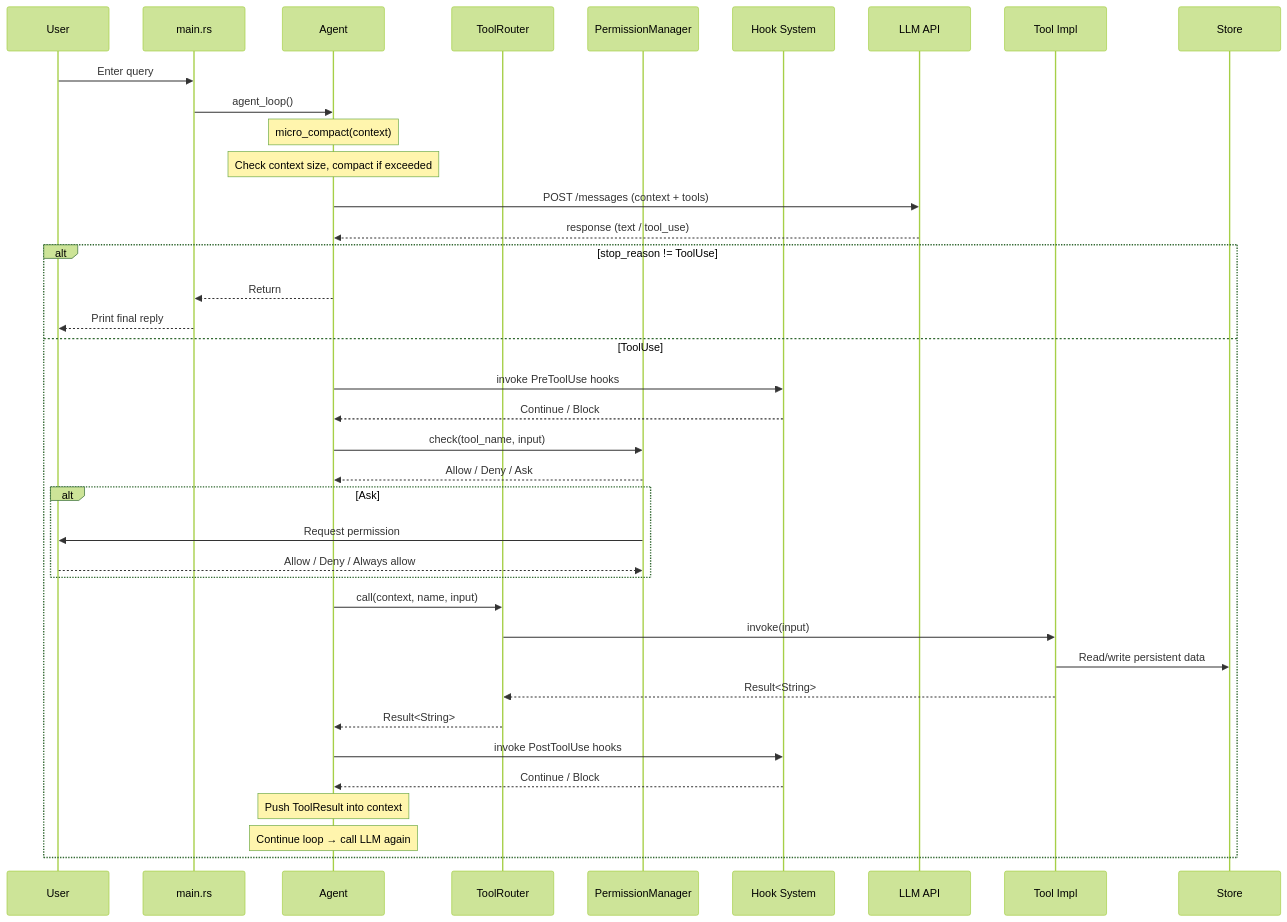
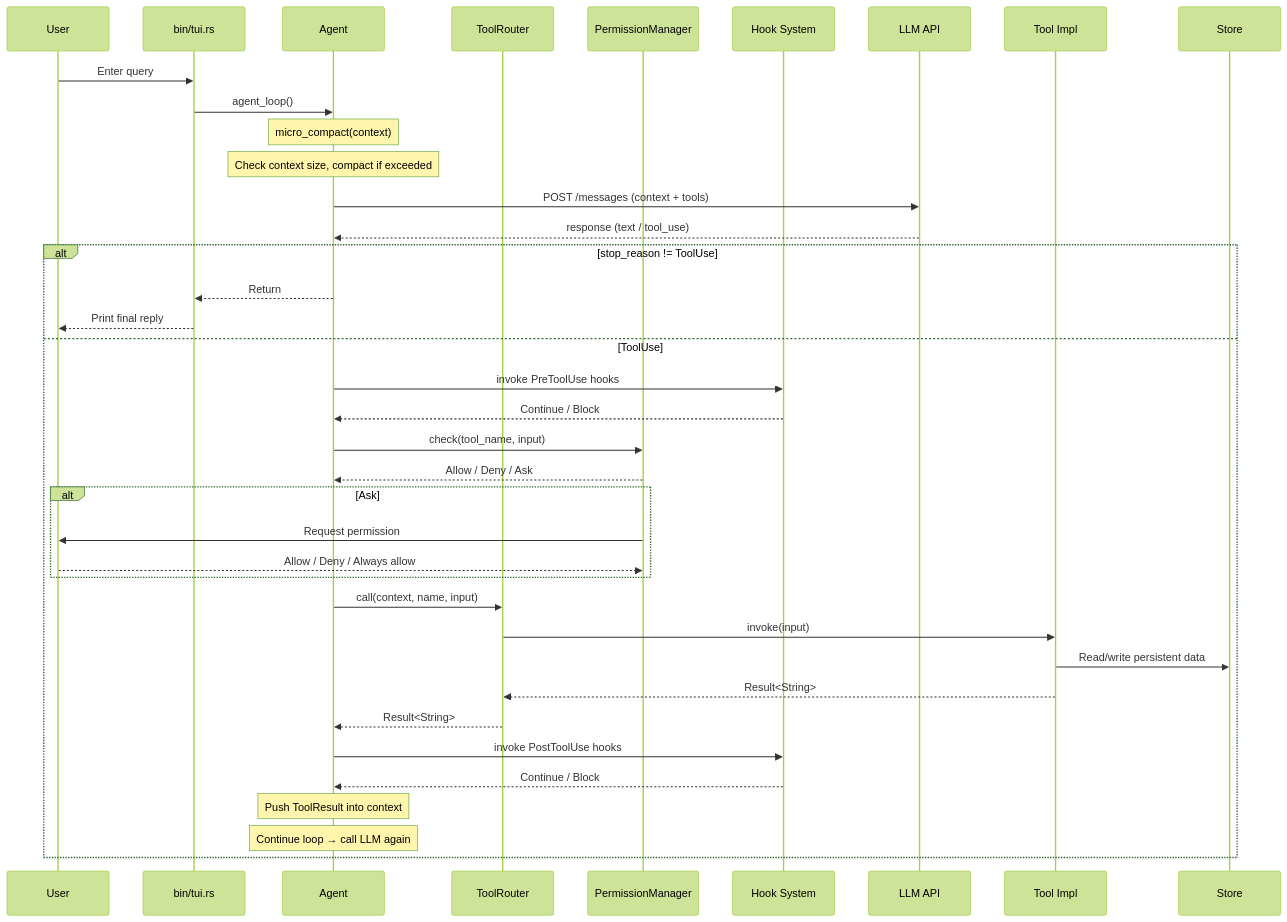
One commit to rust-infra/tact changed the second of 2 diagrams in crates/tact/architecture.md. Above: the diagram before and after it, drawn with Mermaid (forest theme). The commit also changed other lines of this file and 10 other files, not shown here.

````diff
--- a/crates/tact/architecture.md
+++ b/crates/tact/architecture.md
@@ -138,47 +138,47 @@
 ```mermaid
 sequenceDiagram
     participant User as User
-    participant Main as main.rs
+    participant Main as bin/tui.rs
     participant Agent as Agent
     participant Router as ToolRouter
     participant Perm as PermissionManager
     participant Hooks as Hook System
     participant LLM as LLM API
     participant Tool as Tool Impl
     participant Store as Store
 
     User->>Main: Enter query
     Main->>Agent: agent_loop()
     Note over Agent: micro_compact(context)
     Note over Agent: Check context size, compact if exceeded
 
     Agent->>LLM: POST /messages (context + tools)
     LLM-->>Agent: response (text / tool_use)
 
     alt stop_reason != ToolUse
         Agent-->>Main: Return
         Main-->>User: Print final reply
     else ToolUse
         Agent->>Hooks: invoke PreToolUse hooks
         Hooks-->>Agent: Continue / Block
 
         Agent->>Perm: check(tool_name, input)
         Perm-->>Agent: Allow / Deny / Ask
         alt Ask
             Perm->>User: Request permission
             User-->>Perm: Allow / Deny / Always allow
         end
 
         Agent->>Router: call(context, name, input)
         Router->>Tool: invoke(input)
         Tool->>Store: Read/write persistent data
         Tool-->>Router: Result<String>
         Router-->>Agent: Result<String>
 
         Agent->>Hooks: invoke PostToolUse hooks
         Hooks-->>Agent: Continue / Block
 
         Note over Agent: Push ToolResult into context
         Note over Agent: Continue loop → call LLM again
     end
 ```
````
